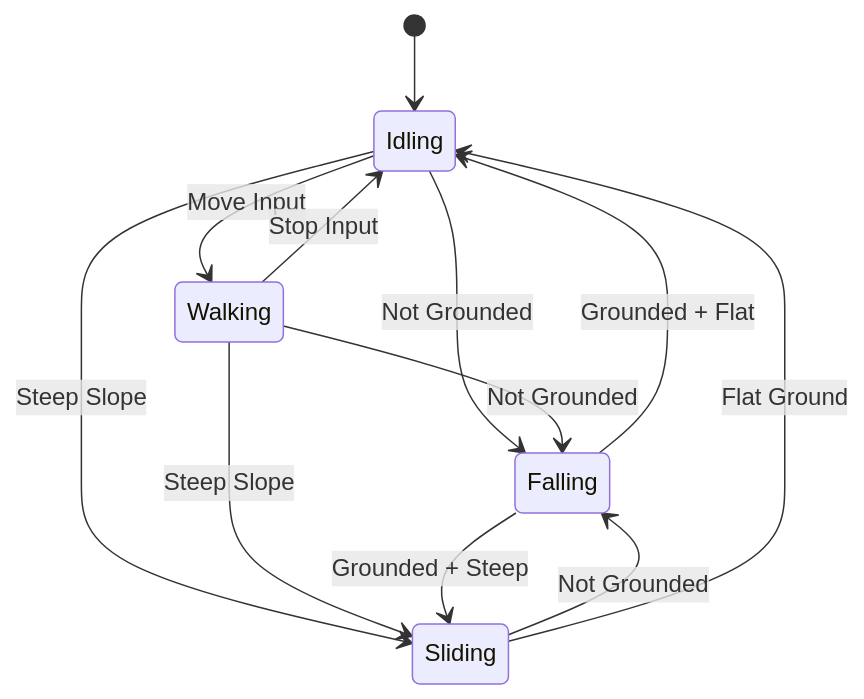
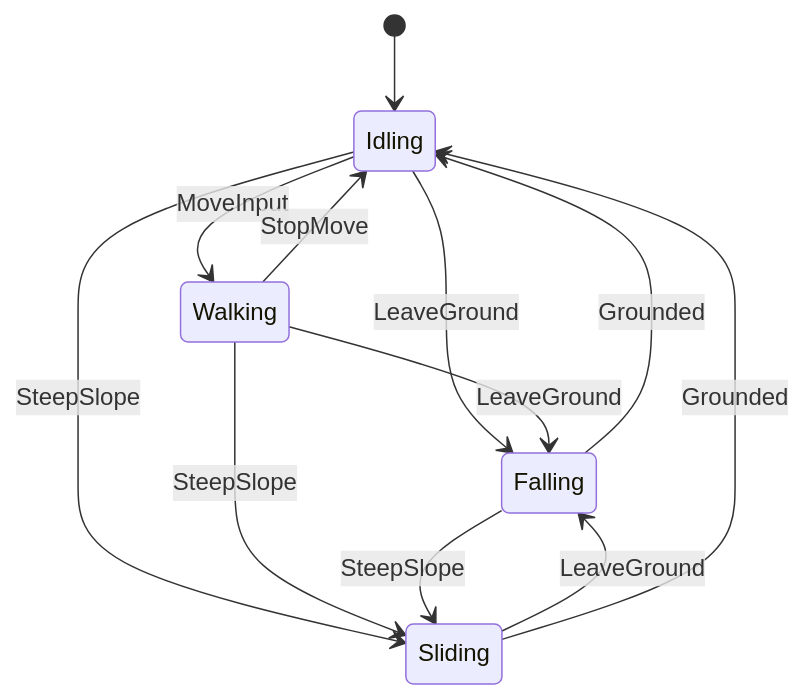
Before and after one commit to nicholas-maltbie/OpenKCC: the diagram in Documentation/manual/kcc-design/kcc-fsm-design.md, drawn with Mermaid. The commit also changed other lines of this file and 59 other files, not shown here.

````diff
--- a/Documentation/manual/kcc-design/kcc-fsm-design.md
+++ b/Documentation/manual/kcc-design/kcc-fsm-design.md
@@ -29,18 +29,18 @@
 ```mermaid
 stateDiagram
     [*] --> Idling
 
-    Idling --> Walking : Move Input
-    Idling --> Falling : Not Grounded
-    Idling --> Sliding : Steep Slope
+    Idling --> Walking : MoveInput
+    Idling --> Falling : LeaveGround
+    Idling --> Sliding : SteepSlope
 
-    Walking --> Idling : Stop Input
-    Walking --> Falling : Not Grounded
-    Walking --> Sliding : Steep Slope
+    Walking --> Idling : StopMove
+    Walking --> Falling : LeaveGround
+    Walking --> Sliding : SteepSlope
 
-    Sliding --> Falling : Not Grounded
-    Sliding --> Idling : Flat Ground
+    Sliding --> Falling : LeaveGround
+    Sliding --> Idling : Grounded
 
-    Falling --> Idling : Grounded + Flat
-    Falling --> Sliding : Grounded + Steep
+    Falling --> Idling : Grounded
+    Falling --> Sliding : SteepSlope
 ```
````
